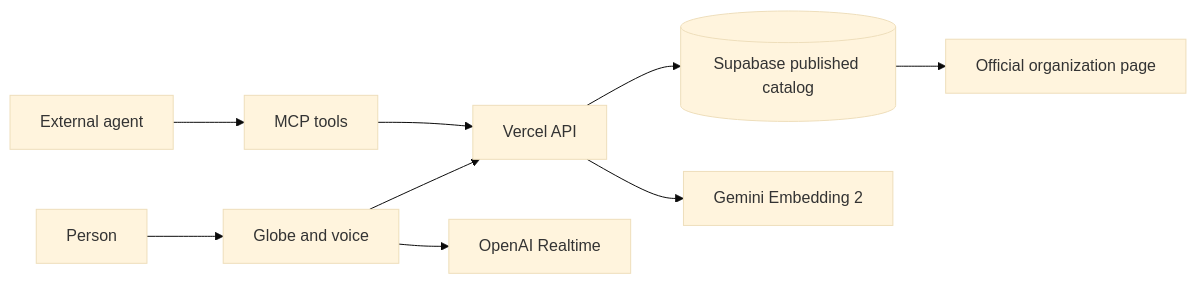
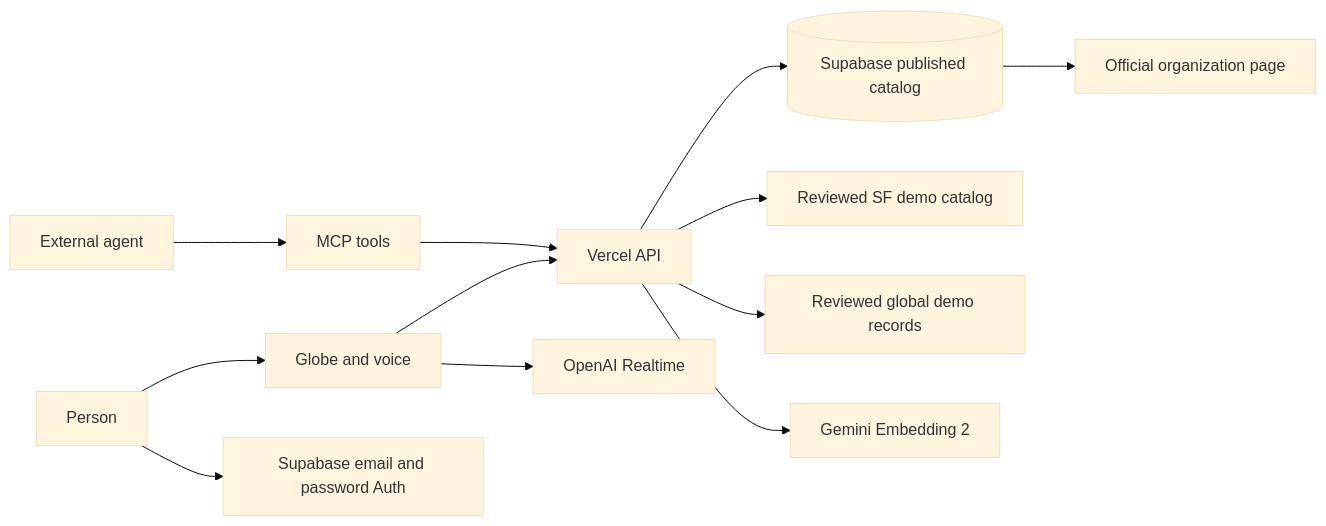
The diagram in docs/product-brief.md (Mind-Light-LLC/helios-select-2026), drawn with Mermaid (base theme) before and after one commit. The commit also changed other lines of this file and 42 other files, not shown here.

````diff
--- a/docs/product-brief.md
+++ b/docs/product-brief.md
@@ -30,11 +33,14 @@
 ```mermaid
 flowchart LR
     Person[Person] --> Globe[Globe and voice]
     Agent[External agent] --> MCP[MCP tools]
     Globe --> API[Vercel API]
     MCP --> API
     API --> DB[(Supabase published catalog)]
+    API --> SF[Reviewed SF demo catalog]
+    API --> Global[Reviewed global demo records]
     API --> Gemini[Gemini Embedding 2]
     Globe --> Realtime[OpenAI Realtime]
+    Person --> Auth[Supabase email and password Auth]
     DB --> Source[Official organization page]
 ```
````
